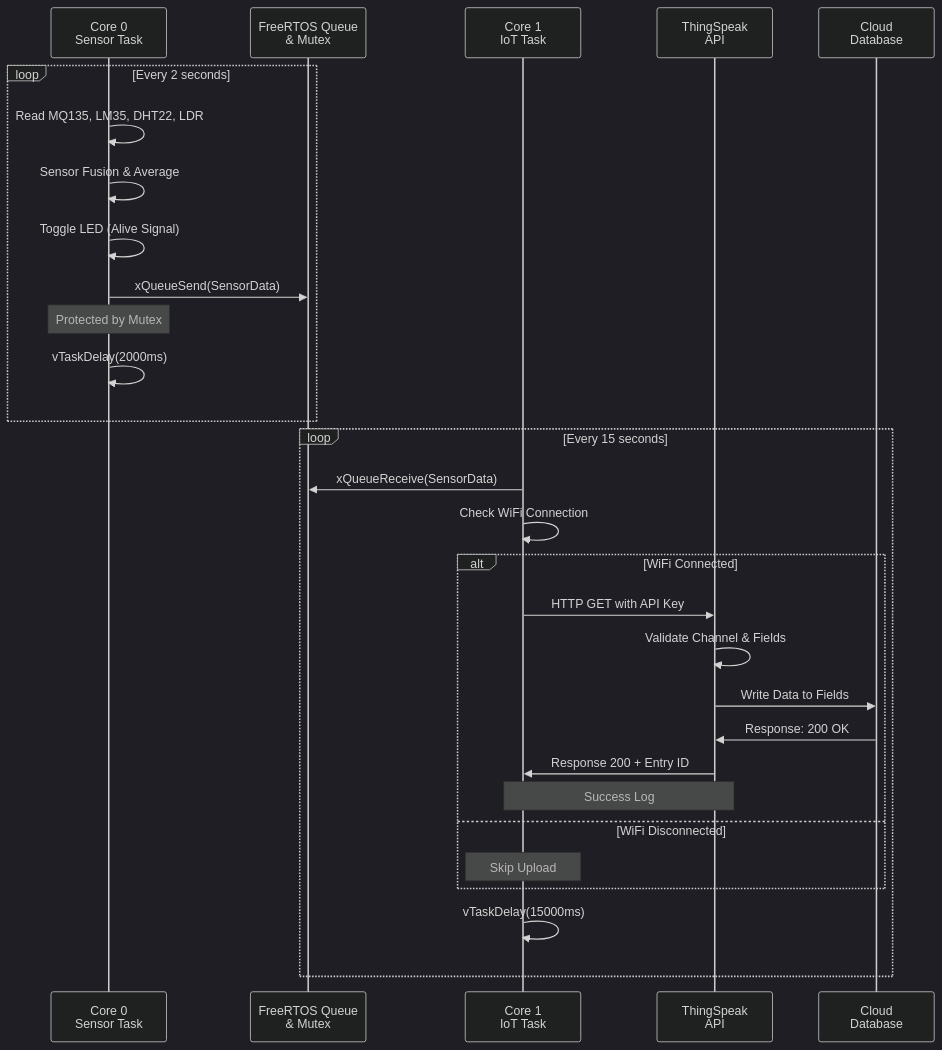
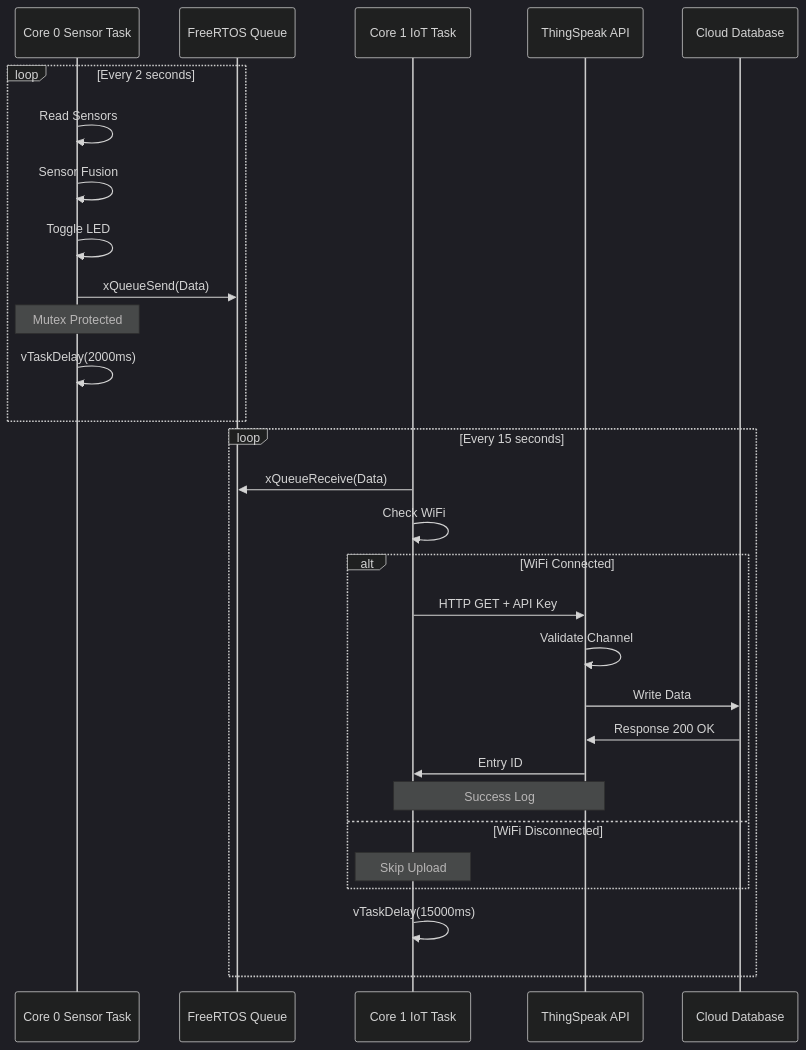
The fifth of 25 diagrams in README.md (ficrammanifur/ESP32-RTOS-Environmental-Monitor), drawn with Mermaid (dark theme) before and after one commit. The commit also changed other lines of this file, not shown here.

````diff
--- a/README.md
+++ b/README.md
@@ -276,33 +276,33 @@
 ```mermaid
 sequenceDiagram
-    participant C0 as Core 0<br/>Sensor Task
-    participant Q as FreeRTOS Queue<br/>& Mutex
-    participant C1 as Core 1<br/>IoT Task
-    participant TS as ThingSpeak<br/>API
-    participant DB as Cloud<br/>Database
+    participant C0 as Core 0 Sensor Task
+    participant Q as FreeRTOS Queue
+    participant C1 as Core 1 IoT Task
+    participant TS as ThingSpeak API
+    participant DB as Cloud Database
     
     loop Every 2 seconds
-        C0->>C0: Read MQ135, LM35, DHT22, LDR
-        C0->>C0: Sensor Fusion & Average
-        C0->>C0: Toggle LED (Alive Signal)
-        C0->>Q: xQueueSend(SensorData)
-        Note over C0: Protected by Mutex
+        C0->>C0: Read Sensors
+        C0->>C0: Sensor Fusion
+        C0->>C0: Toggle LED
+        C0->>Q: xQueueSend(Data)
+        Note over C0: Mutex Protected
         C0->>C0: vTaskDelay(2000ms)
     end
     
     loop Every 15 seconds
-        C1->>Q: xQueueReceive(SensorData)
-        C1->>C1: Check WiFi Connection
+        C1->>Q: xQueueReceive(Data)
+        C1->>C1: Check WiFi
         alt WiFi Connected
-            C1->>TS: HTTP GET with API Key
-            TS->>TS: Validate Channel & Fields
-            TS->>DB: Write Data to Fields
-            DB->>TS: Response: 200 OK
-            TS->>C1: Response 200 + Entry ID
+            C1->>TS: HTTP GET + API Key
+            TS->>TS: Validate Channel
+            TS->>DB: Write Data
+            DB->>TS: Response 200 OK
+            TS->>C1: Entry ID
             Note over C1,TS: Success Log
         else WiFi Disconnected
             Note over C1: Skip Upload
         end
         C1->>C1: vTaskDelay(15000ms)
     end
 ```
````
